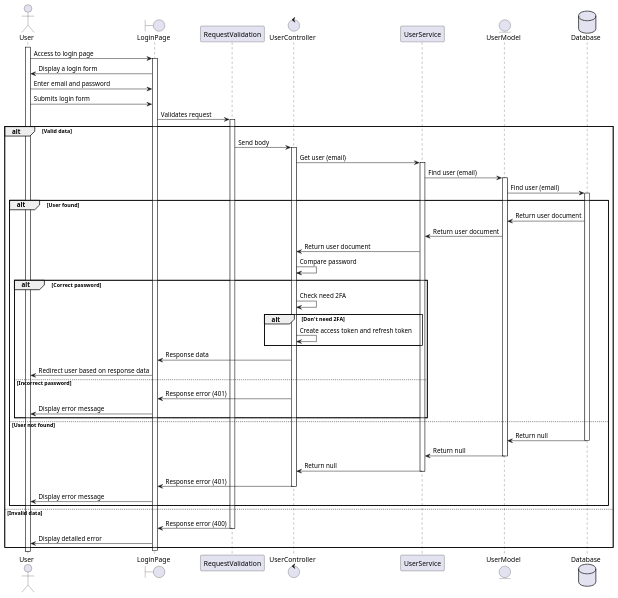
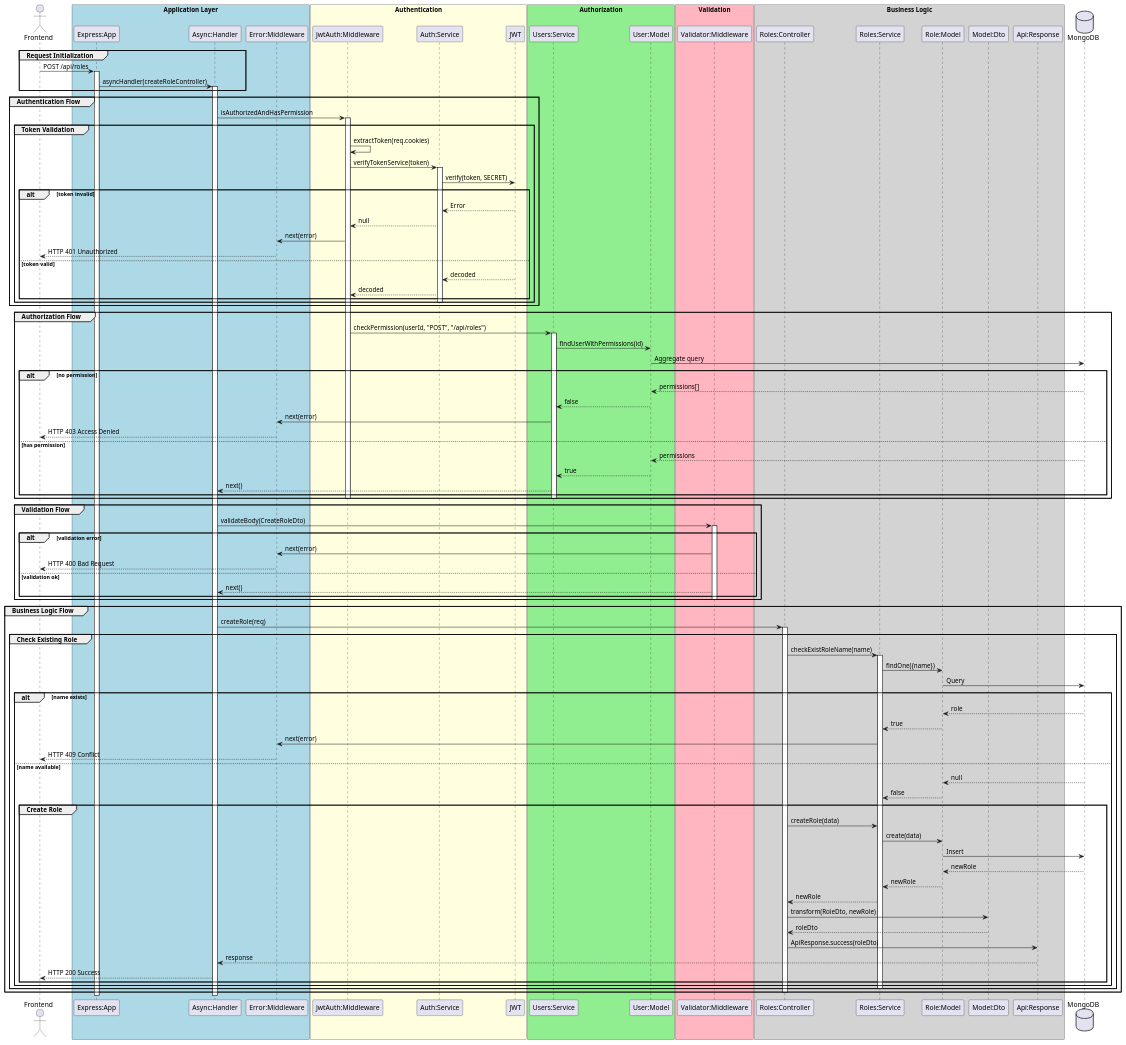
One commit to hiusnguyen201/BE_ClothingShop changed the diagram in docs/sequences/UC4-Login.wsd. Above: the diagram before and after it, drawn with PlantUML. The commit also changed 32 other files, not shown here.

Commit message:
:zap: seperate api get role permission -> assigned role permissions, unassigned role permissions

```diff
--- a/docs/sequences/UC4-Login.wsd
+++ b/docs/sequences/UC4-Login.wsd
@@ -1,83 +1,142 @@
-@startuml
-actor       User       
-boundary    LoginPage 
-participant RequestValidation
-control     UserController  
-participant UserService
-entity      UserModel     
-database    Database 
+@startuml Create Role Feature
 
-activate User
-User -> LoginPage : Access to login page
-activate LoginPage
+' Participants
+actor "Frontend" as FE
+box "Application Layer" #LightBlue
+participant "Express:App" as App
+participant "Async:Handler" as AsyncHandler
+participant "Error:Middleware" as ErrorMiddleware
+end box
 
-LoginPage -> User: Display a login form
-User -> LoginPage : Enter email and password
-User -> LoginPage : Submits login form
+box "Authentication" #LightYellow
+participant "JwtAuth:Middleware" as AuthMiddleware
+participant "Auth:Service" as AuthService
+participant "JWT" as JWT
+end box
 
-LoginPage -> RequestValidation: Validates request
-activate RequestValidation
+box "Authorization" #LightGreen
+participant "Users:Service" as UserService
+participant "User:Model" as UserModel
+end box
 
-alt Valid data
-    RequestValidation -> UserController : Send body
-    activate UserController
+box "Validation" #LightPink
+participant "Validator:Middleware" as Validator
+end box
 
-    UserController -> UserService : Get user (email)
-    activate UserService
+box "Business Logic" #LightGray
+participant "Roles:Controller" as Controller
+participant "Roles:Service" as Service
+participant "Role:Model" as RoleModel
+participant "Model:Dto" as Dto
+participant "Api:Response" as Response
+end box
 
-    UserService -> UserModel: Find user (email)
-    activate UserModel
+database MongoDB as DB
 
-    UserModel -> Database : Find user (email)
-    activate Database
-
-    alt User found
-        Database -> UserModel: Return user document
-
-        UserModel -> UserService: Return user document
-
-        UserService -> UserController: Return user document
-
-        ' Compare Password
-        UserController -> UserController: Compare password
-        alt Correct password
-            ' Check need 2FA
-            UserController -> UserController: Check need 2FA
-            alt Don't need 2FA
-                UserController -> UserController: Create access token and refresh token
-            end
-
-            UserController -> LoginPage: Response data
-
-            LoginPage -> User: Redirect user based on response data
-        else Incorrect password
-            UserController -> LoginPage: Response error (401)
-
-            LoginPage -> User: Display error message
-        end
-        
-    else User not found
-        Database -> UserModel: Return null
-        deactivate Database
-
-        UserModel -> UserService: Return null
-        deactivate UserModel
-
-        UserService -> UserController: Return null
-        deactivate UserService
-
-        UserController -> LoginPage: Response error (401)
-        deactivate UserController
-
-        LoginPage -> User: Display error message 
-    end
-else Invalid data
-    RequestValidation -> LoginPage : Response error (400)
-    deactivate RequestValidation
-
-    LoginPage -> User: Display detailed error
+' Main Flow
+group Request Initialization
+    FE -> App: POST /api/roles
+    activate App
+    App -> AsyncHandler: asyncHandler(createRoleController)
+    activate AsyncHandler
 end
 
-deactivate LoginPage
+group Authentication Flow
+    AsyncHandler -> AuthMiddleware: isAuthorizedAndHasPermission
+    activate AuthMiddleware
+    
+    group Token Validation
+        AuthMiddleware -> AuthMiddleware: extractToken(req.cookies)
+        AuthMiddleware -> AuthService: verifyTokenService(token)
+        activate AuthService
+        AuthService -> JWT: verify(token, SECRET)
+        
+        alt token invalid
+            JWT --> AuthService: Error
+            AuthService --> AuthMiddleware: null
+            AuthMiddleware -> ErrorMiddleware: next(error)
+            ErrorMiddleware --> FE: HTTP 401 Unauthorized
+        else token valid
+            JWT --> AuthService: decoded
+            AuthService --> AuthMiddleware: decoded
+        end
+        deactivate AuthService
+    end
+end
+
+group Authorization Flow
+    AuthMiddleware -> UserService: checkPermission(userId, "POST", "/api/roles")
+    activate UserService
+    UserService -> UserModel: findUserWithPermissions(id)
+    UserModel -> DB: Aggregate query
+    
+    alt no permission
+        DB --> UserModel: permissions[]
+        UserModel --> UserService: false
+        UserService -> ErrorMiddleware: next(error)
+        ErrorMiddleware --> FE: HTTP 403 Access Denied
+    else has permission
+        DB --> UserModel: permissions
+        UserModel --> UserService: true
+        UserService --> AsyncHandler: next()
+    end
+    deactivate UserService
+    deactivate AuthMiddleware
+end
+
+group Validation Flow
+    AsyncHandler -> Validator: validateBody(CreateRoleDto)
+    activate Validator
+    
+    alt validation error
+        Validator -> ErrorMiddleware: next(error)
+        ErrorMiddleware --> FE: HTTP 400 Bad Request
+    else validation ok
+        Validator --> AsyncHandler: next()
+    end
+    deactivate Validator
+end
+
+group Business Logic Flow
+    AsyncHandler -> Controller: createRole(req)
+    activate Controller
+    
+    group Check Existing Role
+        Controller -> Service: checkExistRoleName(name)
+        activate Service
+        Service -> RoleModel: findOne({name})
+        RoleModel -> DB: Query
+        
+        alt name exists
+            DB --> RoleModel: role
+            RoleModel --> Service: true
+            Service -> ErrorMiddleware: next(error)
+            ErrorMiddleware --> FE: HTTP 409 Conflict
+        else name available
+            DB --> RoleModel: null
+            RoleModel --> Service: false
+            
+            group Create Role
+                Controller -> Service: createRole(data)
+                Service -> RoleModel: create(data)
+                RoleModel -> DB: Insert
+                DB --> RoleModel: newRole
+                RoleModel --> Service: newRole
+                Service --> Controller: newRole
+                
+                Controller -> Dto: transform(RoleDto, newRole)
+                Dto --> Controller: roleDto
+                Controller -> Response: ApiResponse.success(roleDto)
+                Response --> AsyncHandler: response
+                AsyncHandler --> FE: HTTP 200 Success
+            end
+        end
+        deactivate Service
+    end
+    deactivate Controller
+end
+
+deactivate AsyncHandler
+deactivate App
 
 @enduml
```
